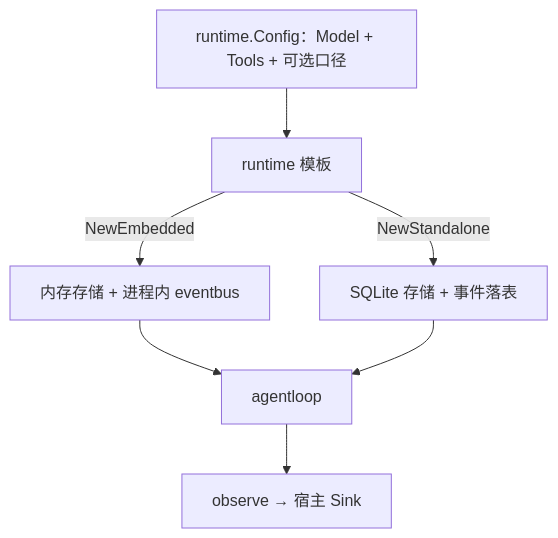
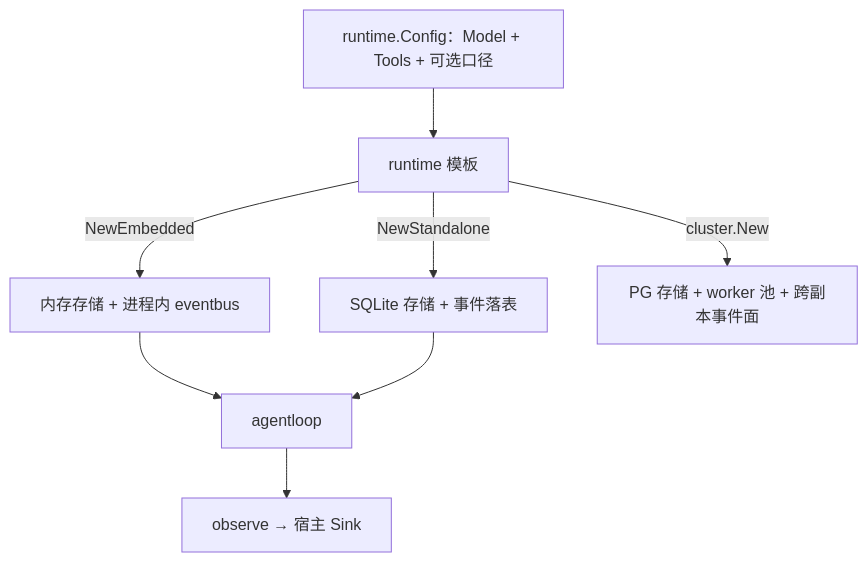
The diagram in site/src/packages/runtime.md (oagentkit/goagent-runtime), drawn with Mermaid before and after one commit. The commit also changed other lines of this file and 18 other files, not shown here.

First line of the commit message:
feat(cluster)：多副本高可用模板（PG + worker 池）+ 业务幂等键接缝

````diff
--- a/site/src/packages/runtime.md
+++ b/site/src/packages/runtime.md
@@ -7,9 +7,10 @@
 ```mermaid
 flowchart TB
     CFG["runtime.Config：Model + Tools + 可选口径"] --> RT["runtime 模板"]
     RT -->|NewEmbedded| E["内存存储 + 进程内 eventbus"]
     RT -->|NewStandalone| S["SQLite 存储 + 事件落表"]
+    RT -->|cluster.New| CL["PG 存储 + worker 池 + 跨副本事件面"]
     E --> LP["agentloop"]
     S --> LP
     LP --> OB["observe → 宿主 Sink"]
 ```
````
